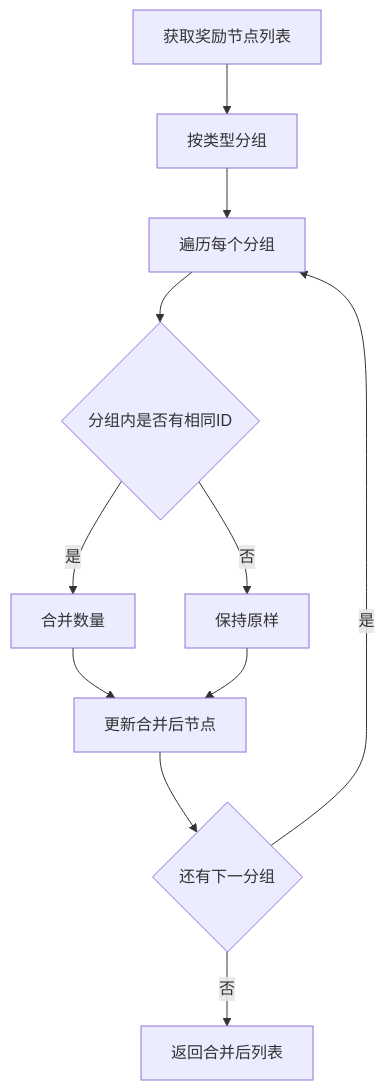
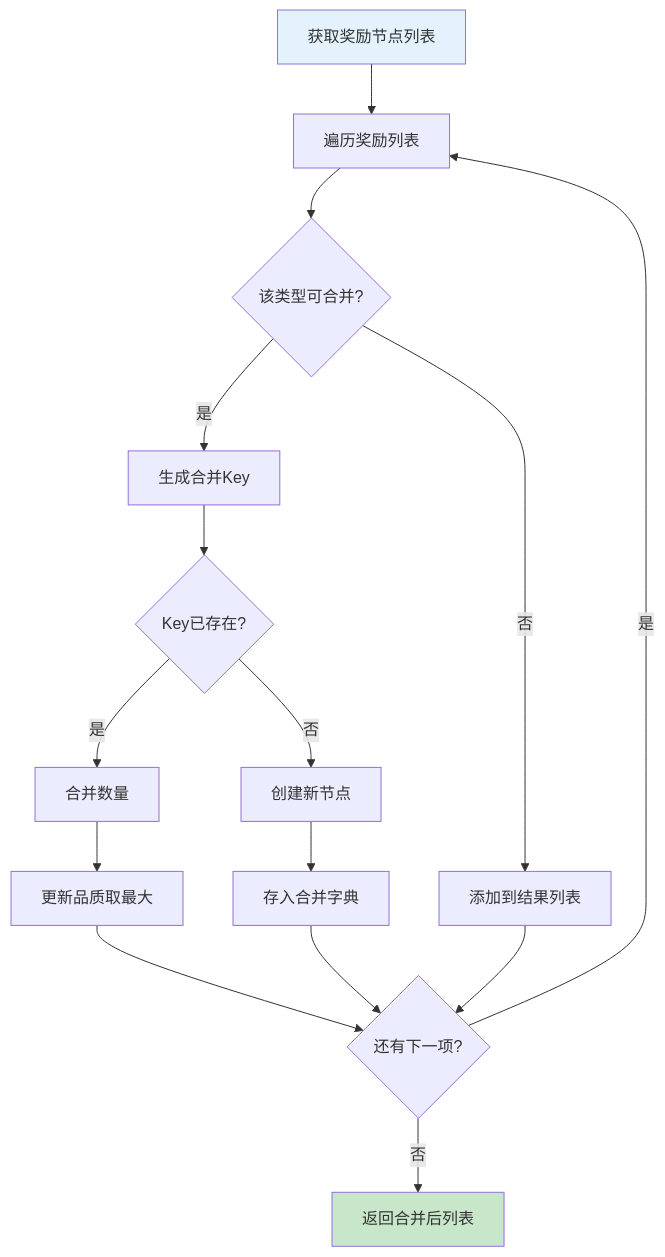
The third of 8 diagrams in docs/Module_Bonus/05_完整说明.md (Alan-Ben/k2c_game_framework), drawn with Mermaid before and after one commit. The commit also changed other lines of this file and 5 other files, not shown here.

````diff
--- a/docs/Module_Bonus/05_完整说明.md
+++ b/docs/Module_Bonus/05_完整说明.md
@@ -97,13 +161,24 @@
 ```mermaid
 flowchart TD
-    A[获取奖励节点列表] --> B[按类型分组]
-    B --> C[遍历每个分组]
-    C --> D{分组内是否有相同ID}
-    D -->|是| E[合并数量]
-    D -->|否| F[保持原样]
-    E --> G[更新合并后节点]
-    F --> G
-    G --> H{还有下一分组}
-    H -->|是| C
-    H -->|否| I[返回合并后列表]
+    A[获取奖励节点列表] --> B[遍历奖励列表]
+    B --> C{该类型可合并?}
+    C -->|否| D[添加到结果列表]
+    C -->|是| E[生成合并Key]
+
+    E --> F{Key已存在?}
+    F -->|是| G[合并数量]
+    F -->|否| H[创建新节点]
+
+    G --> I[更新品质取最大]
+    H --> J[存入合并字典]
+
+    I --> K{还有下一项?}
+    J --> K
+    D --> K
+
+    K -->|是| B
+    K -->|否| L[返回合并后列表]
+
+    style A fill:#e3f2fd
+    style L fill:#c8e6c9
 ```
````
